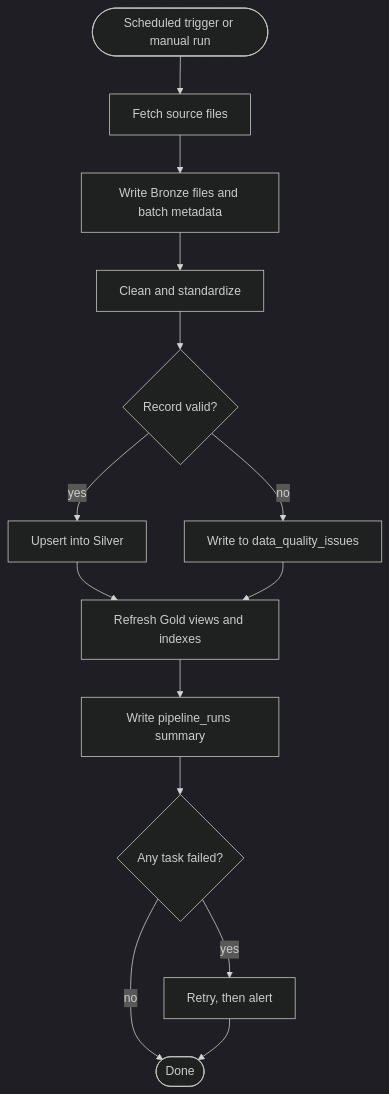
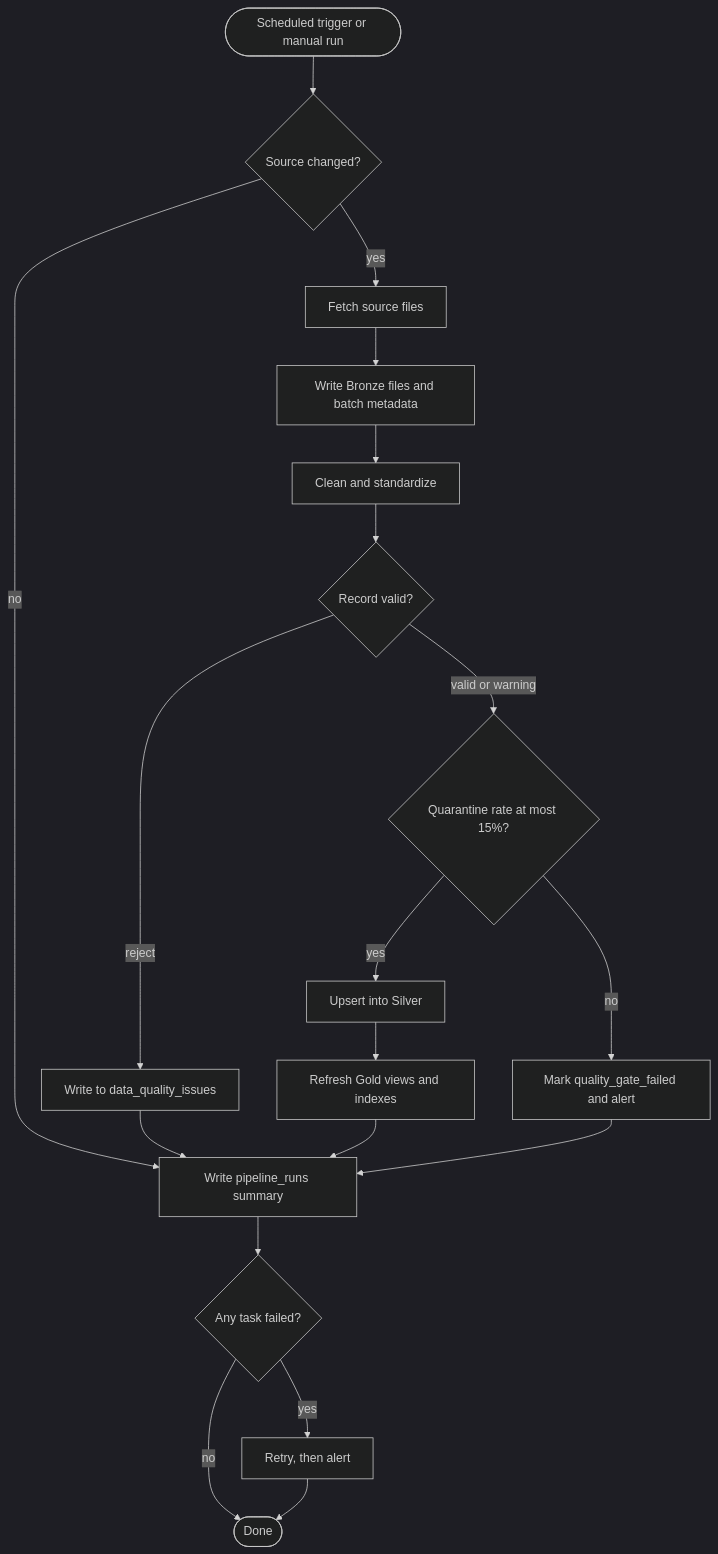
The fourth of 9 diagrams in docs/ARCHITECTURE.md (Ziad17-Ai/Global-Restaurant-Explorer-), drawn with Mermaid (dark theme) before and after one commit. The commit also changed other lines of this file and 7 other files, not shown here.

Commit message:
docs(docs): align core architecture, srs, style, and agent guide

````diff
--- a/docs/ARCHITECTURE.md
+++ b/docs/ARCHITECTURE.md
@@ -113,16 +146,21 @@
 ```mermaid
 flowchart TD
-    S(["Scheduled trigger or manual run"]) --> F["Fetch source files"]
+    S(["Scheduled trigger or manual run"]) --> V0{"Source changed?"}
+    V0 -->|no| R["Write pipeline_runs summary"]
+    V0 -->|yes| F["Fetch source files"]
     F --> B["Write Bronze files and batch metadata"]
     B --> C["Clean and standardize"]
     C --> V{"Record valid?"}
-    V -->|yes| L["Upsert into Silver"]
-    V -->|no| Q["Write to data_quality_issues"]
+    V -->|reject| Q["Write to data_quality_issues"]
+    V -->|valid or warning| QG{"Quarantine rate at most 15%?"}
+    QG -->|yes| L["Upsert into Silver"]
+    QG -->|no| A1["Mark quality_gate_failed and alert"]
     L --> G["Refresh Gold views and indexes"]
-    Q --> G
-    G --> R["Write pipeline_runs summary"]
+    Q --> R
+    G --> R
+    A1 --> R
     R --> E{"Any task failed?"}
     E -->|yes| T["Retry, then alert"]
     E -->|no| D(["Done"])
     T --> D
 ```
````
